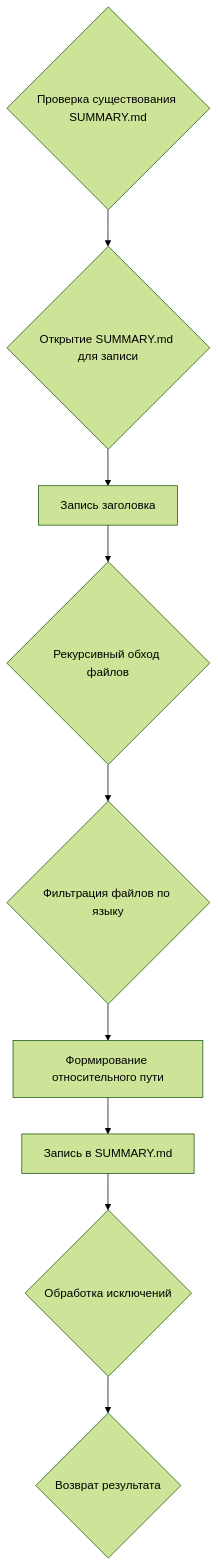
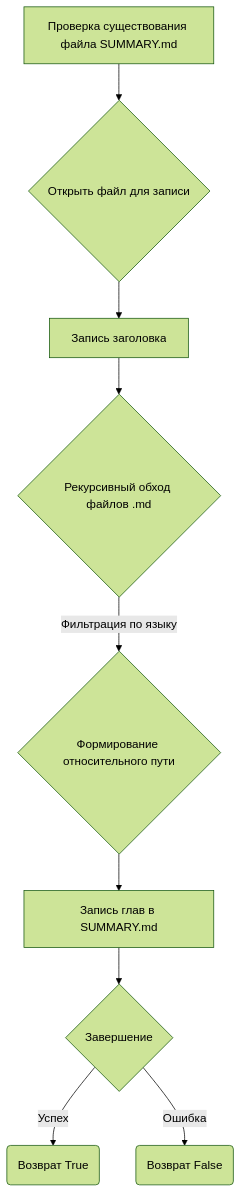
One commit to hypo69/hypotez changed the second of 3 diagrams in docs/ru/src/endpoints/hypo69/code_assistant/make_summary.py.md. Above: the diagram before and after it, drawn with Mermaid (forest theme). The commit also changed other lines of this file and 1431 other files, not shown here.

````diff
--- a/docs/ru/src/endpoints/hypo69/code_assistant/make_summary.py.md
+++ b/docs/ru/src/endpoints/hypo69/code_assistant/make_summary.py.md
@@ -95,11 +103,11 @@
 ```mermaid
 graph TD
-    A{Проверка существования SUMMARY.md} --> B{Открытие SUMMARY.md для записи}
-    B --> C[Запись заголовка]
-    C --> D{Рекурсивный обход файлов}
-    D --> E{Фильтрация файлов по языку}
-    E --> F[Формирование относительного пути]
-    F --> G[Запись в SUMMARY.md]
-    G --> H{Обработка исключений}
-    H --> I{Возврат результата}
+    A[Проверка существования файла SUMMARY.md] --> B{Открыть файл для записи};
+    B --> C[Запись заголовка];
+    C --> D{Рекурсивный обход файлов .md};
+    D -- Фильтрация по языку --> E{Формирование относительного пути};
+    E --> F[Запись глав в SUMMARY.md];
+    F --> G{Завершение};
+    G -- Успех --> H(Возврат True);
+    G -- Ошибка --> I(Возврат False);
 ```
````
